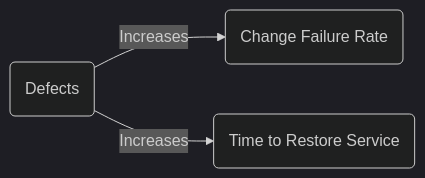
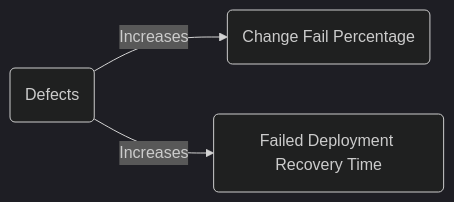
Before and after one commit to matthew-shaw/matthew-shaw.github.io: the seventh of 10 diagrams in docs/blog/posts/modern-software-delivery.md, drawn with Mermaid (dark theme). The commit also changed other lines of this file, not shown here.

````diff
--- a/docs/blog/posts/modern-software-delivery.md
+++ b/docs/blog/posts/modern-software-delivery.md
@@ -193,6 +193,6 @@
 ```mermaid
 flowchart LR
     defects(Defects) -- Increases -->
-    CFR(Change Failure Rate)
-    defects -- Increases --> TRS(Time to Restore Service)
+    CFR(Change Fail Percentage)
+    defects -- Increases --> TRS(Failed Deployment Recovery Time)
 ```
````
